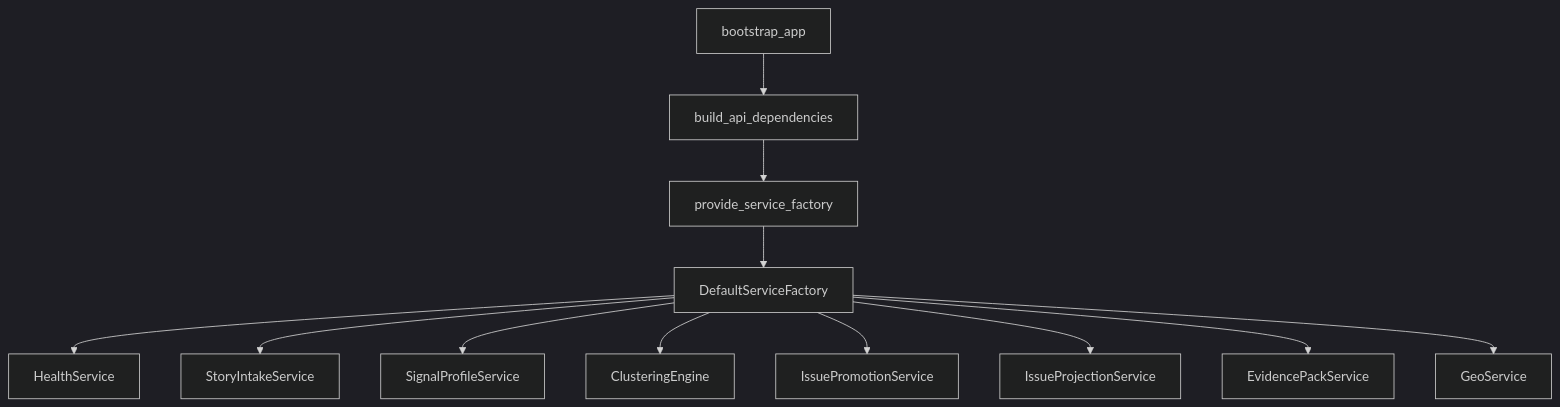
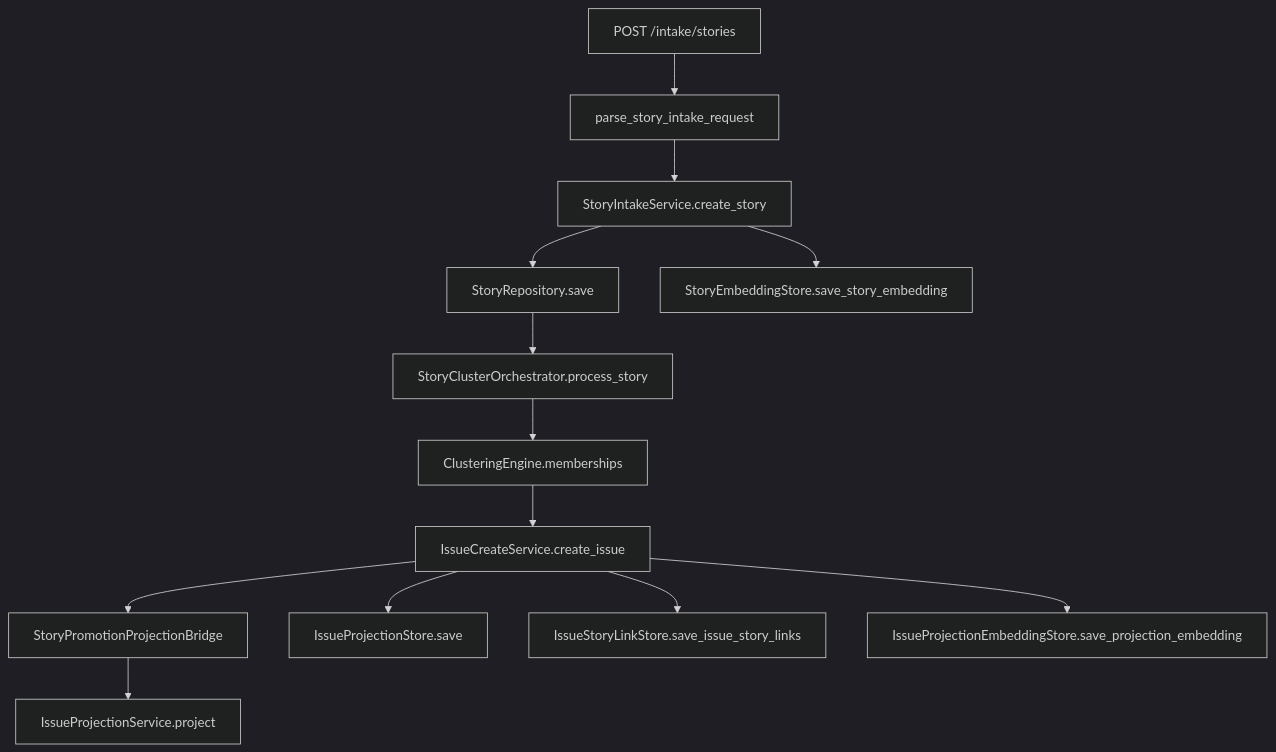
Before and after one commit to DOGE-Complaints/doge-complaints-gateway: the diagram in docs/runtime-docs/architecture-and-layers-as-is.md, drawn with Mermaid (dark theme). The commit also changed other lines of this file and 12 other files, not shown here.

````diff
--- a/docs/runtime-docs/architecture-and-layers-as-is.md
+++ b/docs/runtime-docs/architecture-and-layers-as-is.md
@@ -19,14 +56,15 @@
 ```mermaid
 flowchart TD
-  bootstrapApp[bootstrap_app] --> apiDeps[build_api_dependencies]
-  apiDeps --> providerLayer[provide_service_factory]
-  providerLayer --> defaultFactory[DefaultServiceFactory]
-  defaultFactory --> healthService[HealthService]
-  defaultFactory --> intakeService[StoryIntakeService]
-  defaultFactory --> signalProfileService[SignalProfileService]
-  defaultFactory --> clusteringEngine[ClusteringEngine]
-  defaultFactory --> promotionService[IssuePromotionService]
-  defaultFactory --> projectionService[IssueProjectionService]
-  defaultFactory --> evidenceService[EvidencePackService]
-  defaultFactory --> geoService[GeoService]
+  apiIntake[POST /intake/stories] --> parse[parse_story_intake_request]
+  parse --> intake[StoryIntakeService.create_story]
+  intake --> storyStore[StoryRepository.save]
+  intake --> storyEmbedding[StoryEmbeddingStore.save_story_embedding]
+  storyStore --> orchestrator[StoryClusterOrchestrator.process_story]
+  orchestrator --> cluster[ClusteringEngine.memberships]
+  cluster --> issueCreate[IssueCreateService.create_issue]
+  issueCreate --> projectionBridge[StoryPromotionProjectionBridge]
+  projectionBridge --> projectionService[IssueProjectionService.project]
+  issueCreate --> projectionStore[IssueProjectionStore.save]
+  issueCreate --> linkStore[IssueStoryLinkStore.save_issue_story_links]
+  issueCreate --> issueEmbedding[IssueProjectionEmbeddingStore.save_projection_embedding]
 ```
````
